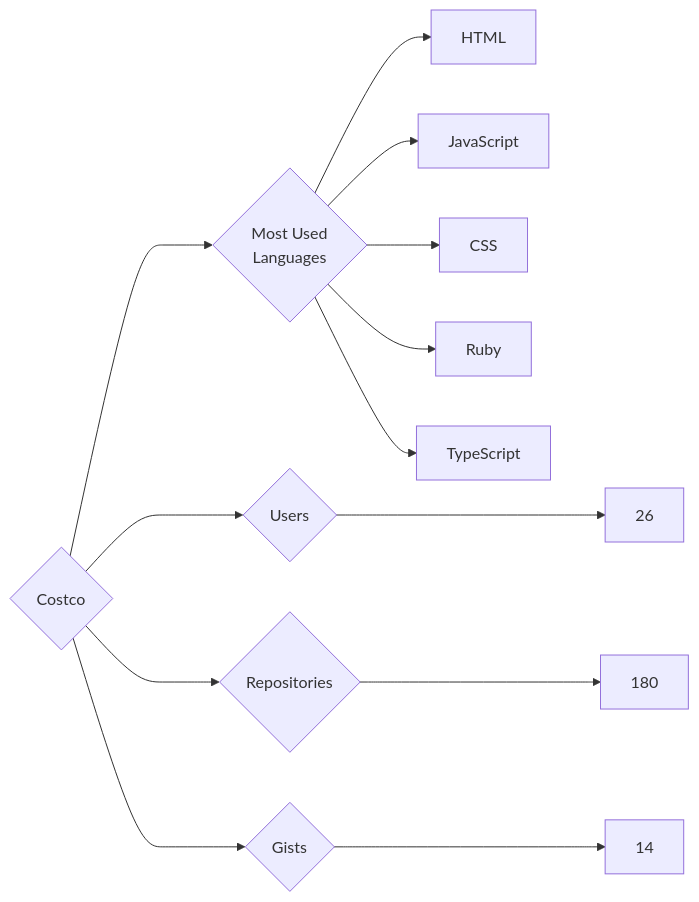
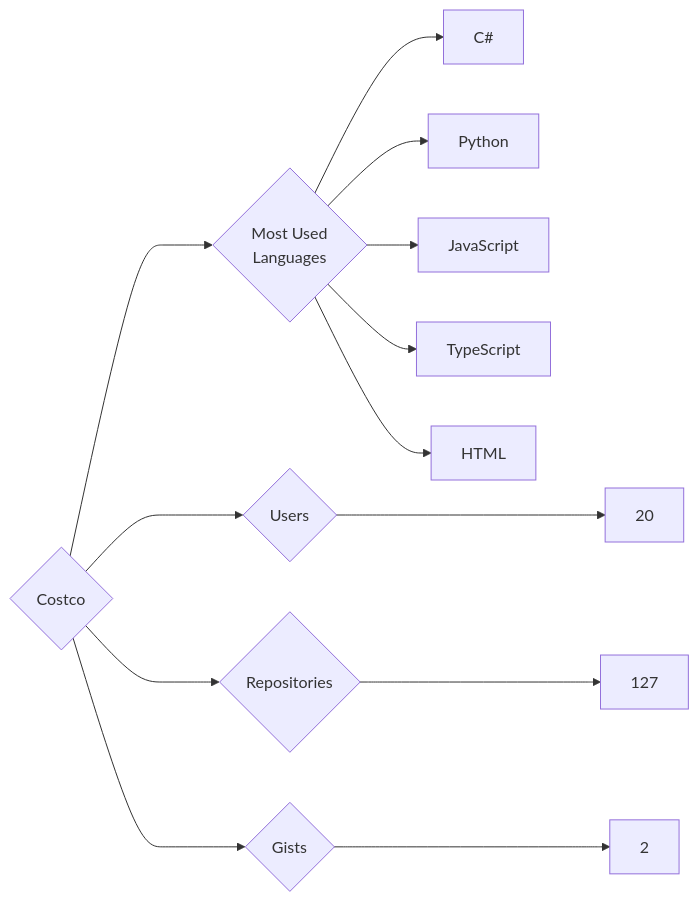
Before and after one commit to trickest/insiders: the diagram in targets/Costco/README.md, drawn with Mermaid. The commit also changed 944 other files, not shown here.

````diff
--- a/targets/Costco/README.md
+++ b/targets/Costco/README.md
@@ -3,13 +3,13 @@
 ```mermaid
 graph LR
 COMPANY_NAME{Costco}
-COMPANY_NAME ---> U{Users} ---> UN[26]
-COMPANY_NAME ---> R{Repositories} ---> RN[180]
-COMPANY_NAME ---> G{Gists} ---> GN[14]
+COMPANY_NAME ---> U{Users} ---> UN[20]
+COMPANY_NAME ---> R{Repositories} ---> RN[127]
+COMPANY_NAME ---> G{Gists} ---> GN[2]
 COMPANY_NAME ---> ML{Most Used<br>Languages}
+ML --> C#[C#]
+ML --> Python[Python]
+ML --> JavaScript[JavaScript]
+ML --> TypeScript[TypeScript]
 ML --> HTML[HTML]
-ML --> JavaScript[JavaScript]
-ML --> CSS[CSS]
-ML --> Ruby[Ruby]
-ML --> TypeScript[TypeScript]
 ```
````
